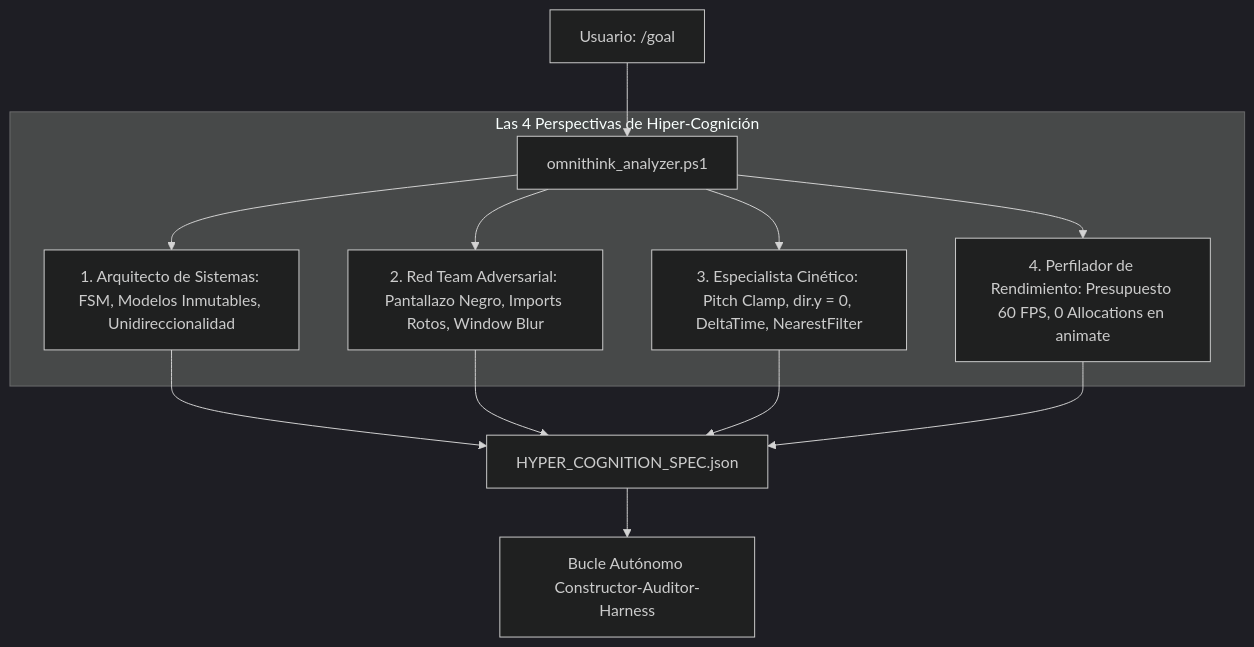
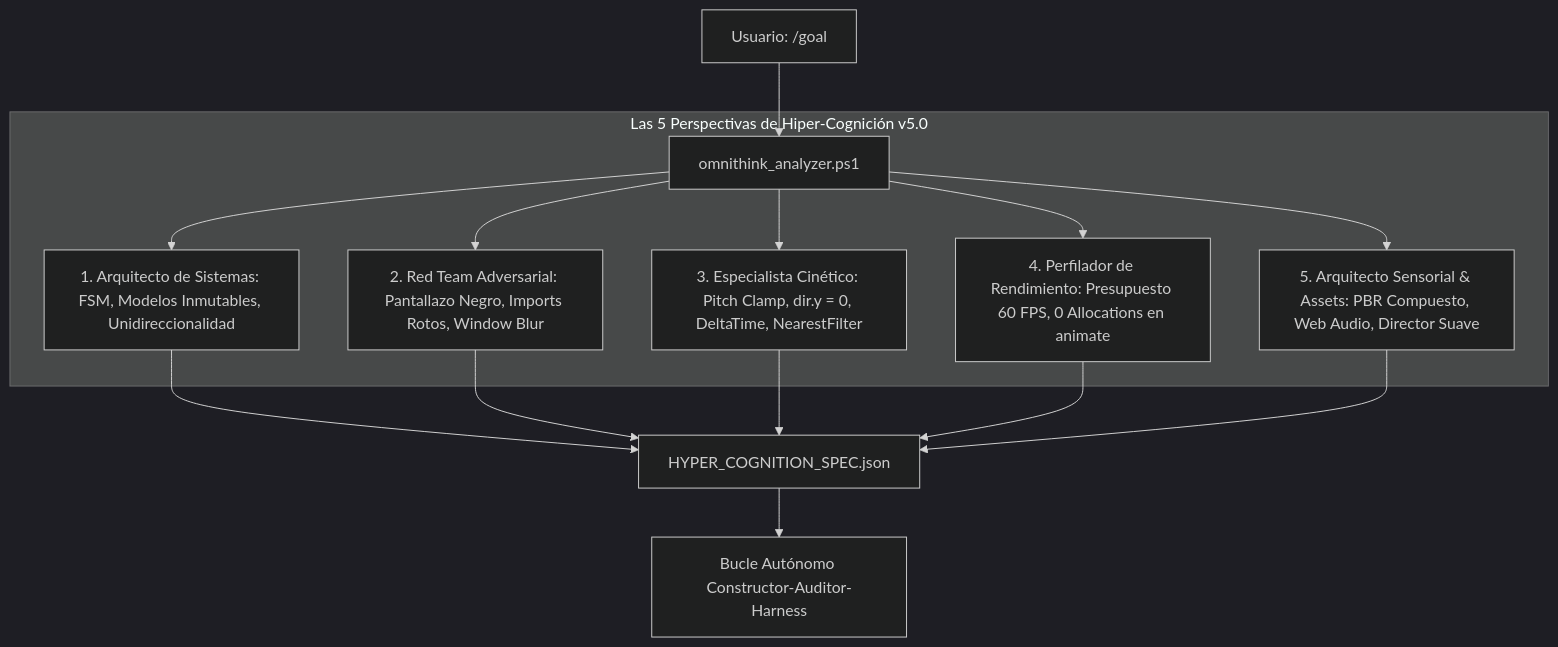
Before and after one commit to BryanGM12/antigravity-ultra-goal: the diagram in README.md, drawn with Mermaid (dark theme). The commit also changed other lines of this file and 8 other files, not shown here.

Commit message:
feat(v5.0.0): implement Asset & Sensory Orchestrator, Procedural Web Audio Engine, and Cinematic Flight Director

````diff
--- a/README.md
+++ b/README.md
@@ -33,14 +38,15 @@
 ```mermaid
 graph TD
     Goal[Usuario: /goal <objetivo>] --> OmniThink[omnithink_analyzer.ps1]
     
-    subgraph "Las 4 Perspectivas de Hiper-Cognición"
+    subgraph "Las 5 Perspectivas de Hiper-Cognición v5.0"
         OmniThink --> P1[1. Arquitecto de Sistemas: FSM, Modelos Inmutables, Unidireccionalidad]
         OmniThink --> P2[2. Red Team Adversarial: Pantallazo Negro, Imports Rotos, Window Blur]
         OmniThink --> P3[3. Especialista Cinético: Pitch Clamp, dir.y = 0, DeltaTime, NearestFilter]
         OmniThink --> P4[4. Perfilador de Rendimiento: Presupuesto 60 FPS, 0 Allocations en animate]
+        OmniThink --> P5[5. Arquitecto Sensorial & Assets: PBR Compuesto, Web Audio, Director Suave]
     end
     
-    P1 & P2 & P3 & P4 --> Spec[HYPER_COGNITION_SPEC.json]
+    P1 & P2 & P3 & P4 & P5 --> Spec[HYPER_COGNITION_SPEC.json]
     Spec --> Execution[Bucle Autónomo Constructor-Auditor-Harness]
 ```
````
